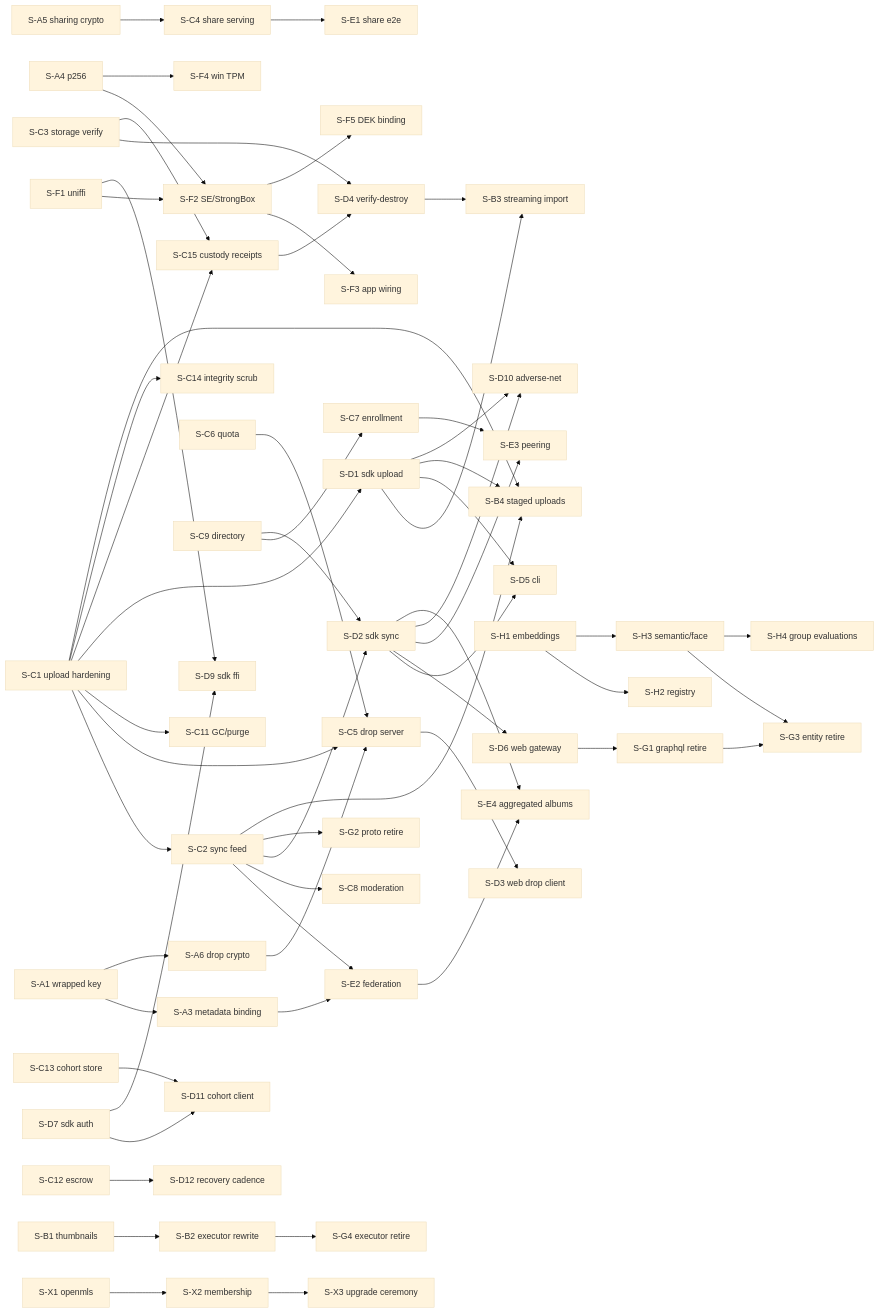
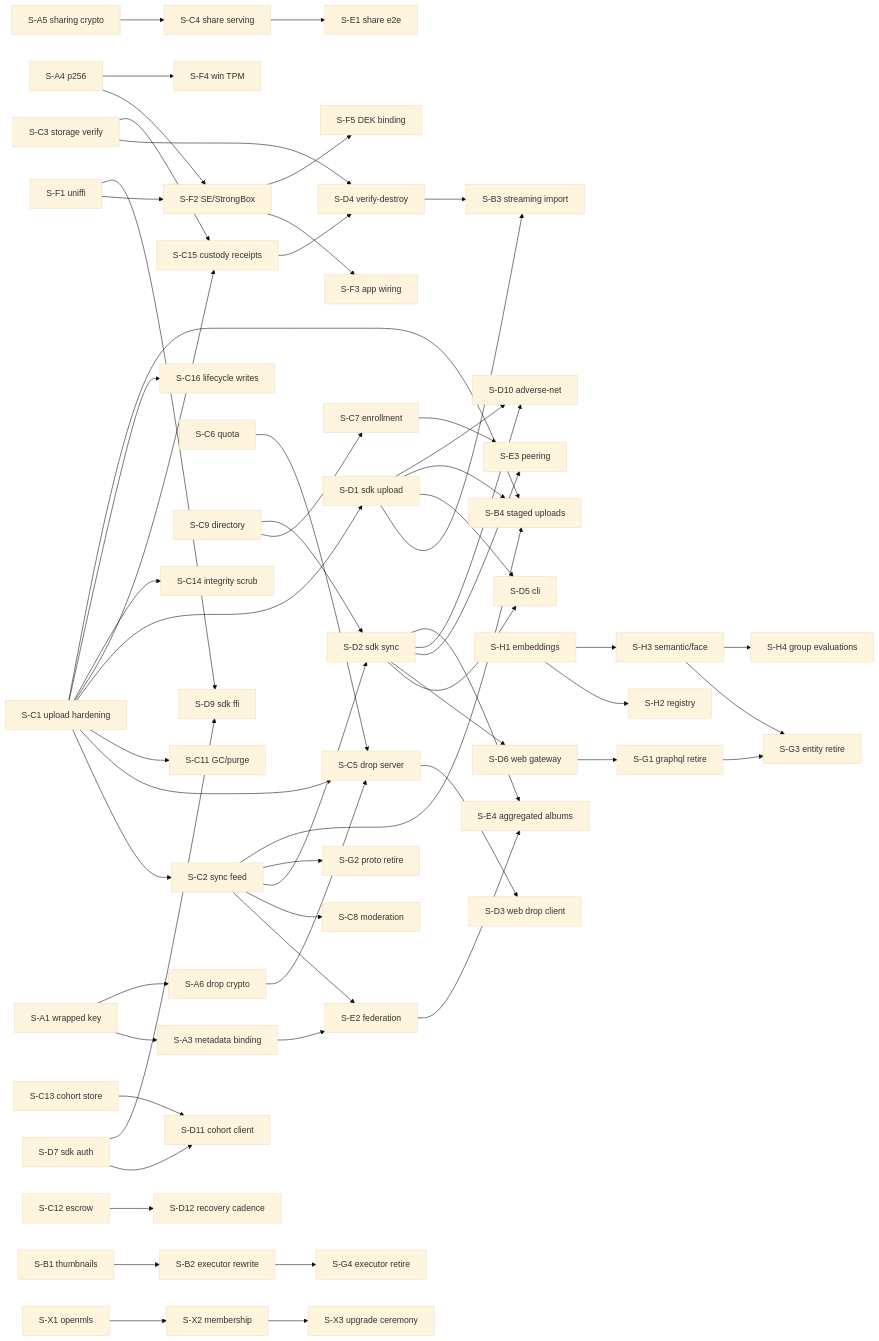
Before and after one commit to Capsulsaurus/Capsule: the diagram in SLICES.md, drawn with Mermaid (base theme). The commit also changed other lines of this file and 4 other files, not shown here.

````diff
--- a/SLICES.md
+++ b/SLICES.md
@@ -130,45 +131,46 @@
 ```mermaid
 graph LR
   A1[S-A1 wrapped key] --> A3[S-A3 metadata binding] --> E2[S-E2 federation]
   A1 --> A6[S-A6 drop crypto] --> C5[S-C5 drop server] --> D3[S-D3 web drop client]
   A5[S-A5 sharing crypto] --> C4[S-C4 share serving] --> E1[S-E1 share e2e]
   A4[S-A4 p256] --> F2[S-F2 SE/StrongBox] --> F3[S-F3 app wiring]
   F1[S-F1 uniffi] --> F2
   F2 --> F5[S-F5 DEK binding]
   A4 --> F4[S-F4 win TPM]
   C1[S-C1 upload hardening] --> C2[S-C2 sync feed] --> E2
   C1 --> C5
   C1 --> C11[S-C11 GC/purge]
   C1 --> D1[S-D1 sdk upload]
   C2 --> C8[S-C8 moderation]
   C2 --> D2[S-D2 sdk sync] --> D5[S-D5 cli]
   C2 --> G2[S-G2 proto retire]
   C6[S-C6 quota] --> C5
   C9[S-C9 directory] --> C7[S-C7 enrollment] --> E3[S-E3 peering]
   C9 --> D2 --> D6[S-D6 web gateway] --> G1[S-G1 graphql retire] --> G3[S-G3 entity retire]
   C3[S-C3 storage verify] --> D4[S-D4 verify-destroy] --> B3[S-B3 streaming import]
   C1 --> C15[S-C15 custody receipts]
   C3 --> C15
   C15 --> D4
   C1 --> C14[S-C14 integrity scrub]
+  C1 --> C16[S-C16 lifecycle writes]
   D1 --> B3
   D1 --> D5
   D2 --> E3
   B1[S-B1 thumbnails] --> B2[S-B2 executor rewrite] --> G4[S-G4 executor retire]
   H1[S-H1 embeddings] --> H2[S-H2 registry]
   H1 --> H3[S-H3 semantic/face] --> G3
   X1[S-X1 openmls] --> X2[S-X2 membership] --> X3[S-X3 upgrade ceremony]
   C1 --> B4[S-B4 staged uploads]
   C2 --> B4
   D1 --> B4
   D1 --> D10[S-D10 adverse-net]
   D2 --> D10
   C13[S-C13 cohort store] --> D11[S-D11 cohort client]
   D7[S-D7 sdk auth] --> D11
   D7 --> D9[S-D9 sdk ffi]
   F1 --> D9
   C12[S-C12 escrow] --> D12[S-D12 recovery cadence]
   E2 --> E4[S-E4 aggregated albums]
   D2 --> E4
   H3 --> H4[S-H4 group evaluations]
 ```
````
